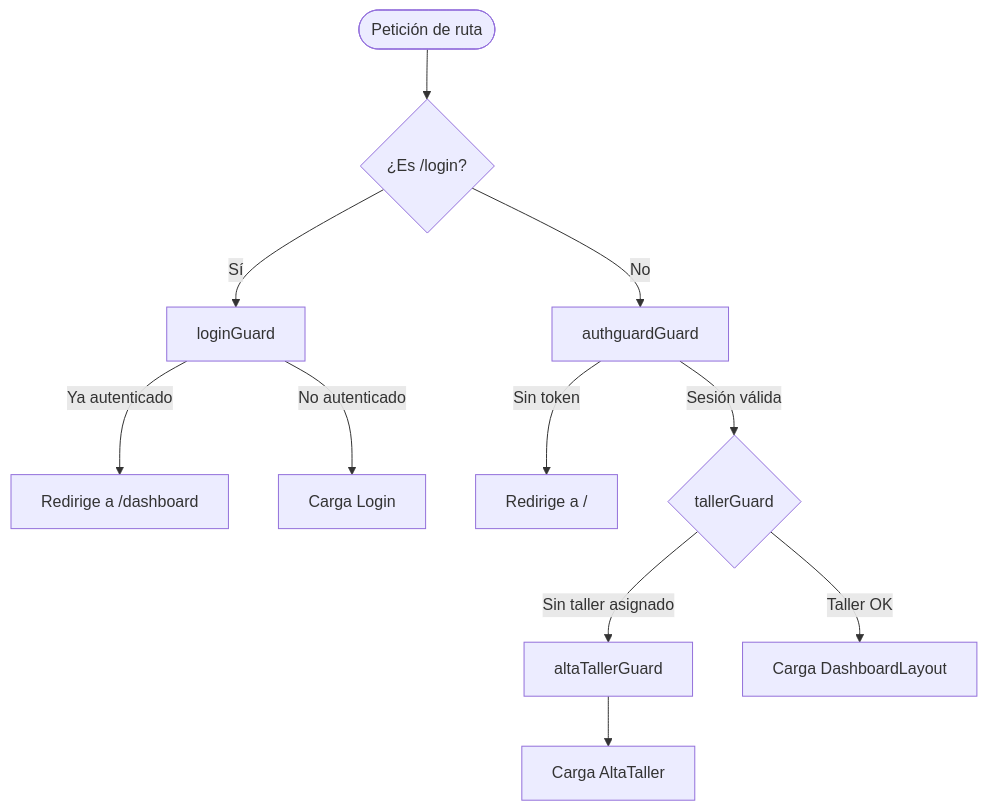
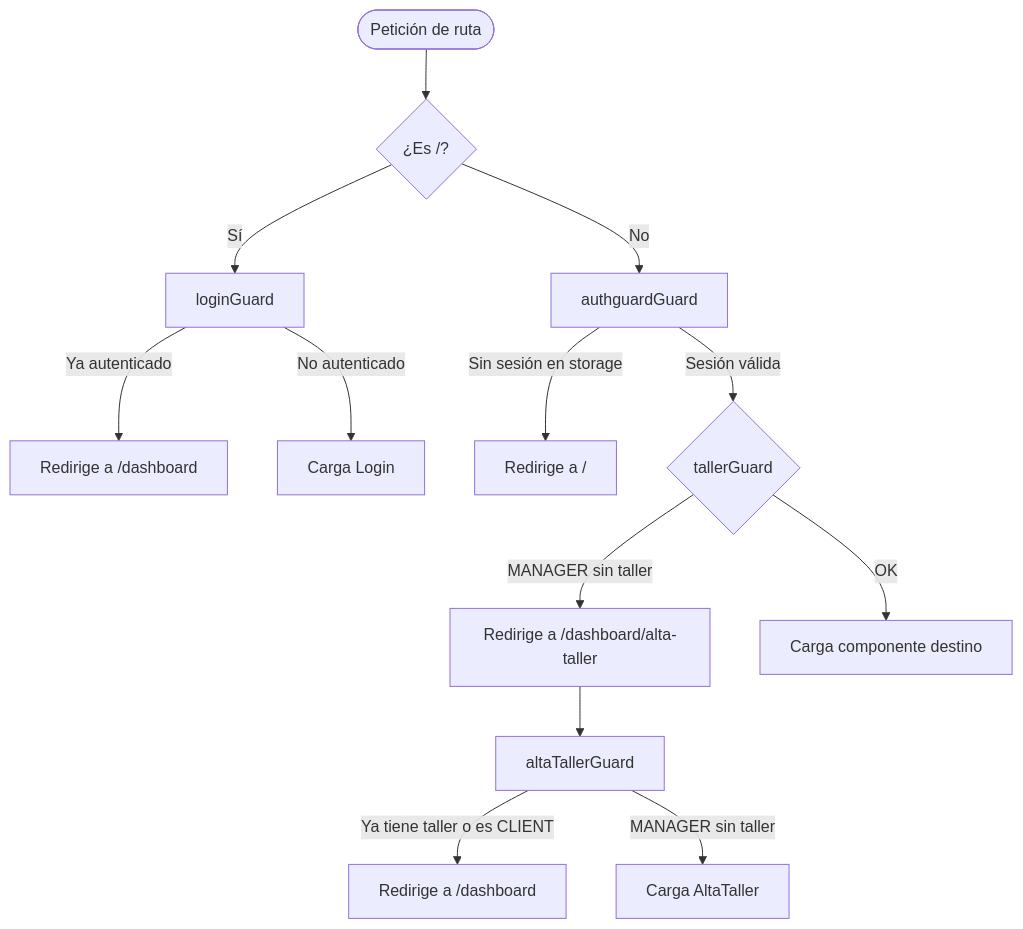
One commit to JaviRSDEV/FrontCarLog changed the third of 4 diagrams in README.md. Above: the diagram before and after it, drawn with Mermaid. The commit also changed other lines of this file, not shown here.

````diff
--- a/README.md
+++ b/README.md
@@ -295,31 +240,18 @@
 ```mermaid
-
 flowchart TD
-
-    Start(["Petición de ruta"]) --> LoginCheck{"¿Es /login?"}
-
+    Start(["Petición de ruta"]) --> LoginCheck{"¿Es /?"}
     LoginCheck -- "Sí" --> LG["loginGuard"]
-
     LG -- "Ya autenticado" --> DashRedirect["Redirige a /dashboard"]
-
     LG -- "No autenticado" --> LoginPage["Carga Login"]
 
-
-
     LoginCheck -- "No" --> AG["authguardGuard"]
-
-    AG -- "Sin token" --> LoginRedirect["Redirige a /"]
-
+    AG -- "Sin sesión en storage" --> LoginRedirect["Redirige a /"]
     AG -- "Sesión válida" --> TallerCheck{"tallerGuard"}
 
+    TallerCheck -- "MANAGER sin taller" --> AltaTaller["Redirige a /dashboard/alta-taller"]
+    TallerCheck -- "OK" --> Dashboard["Carga componente destino"]
 
-
-    TallerCheck -- "Sin taller asignado" --> ATG["altaTallerGuard"]
-
-    ATG --> AltaTaller["Carga AltaTaller"]
-
-
-
-    TallerCheck -- "Taller OK" --> Dashboard["Carga DashboardLayout"]
-
+    AltaTaller --> ATG["altaTallerGuard"]
+    ATG -- "Ya tiene taller o es CLIENT" --> DashRedirect2["Redirige a /dashboard"]
+    ATG -- "MANAGER sin taller" --> AltaTallerForm["Carga AltaTaller"]
 ```
````
